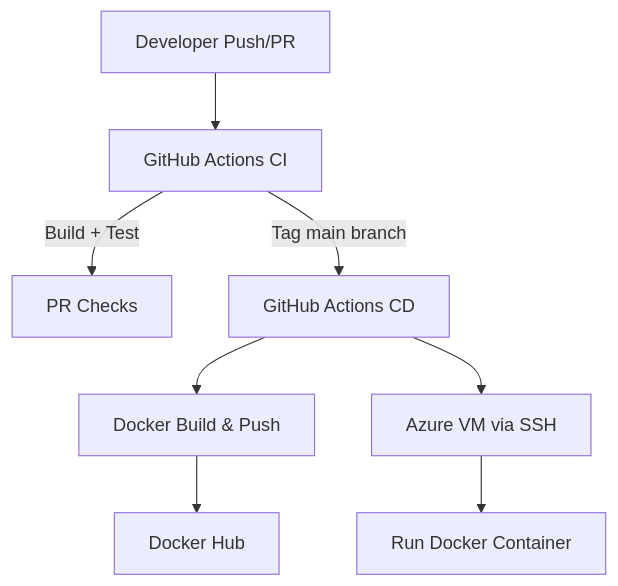
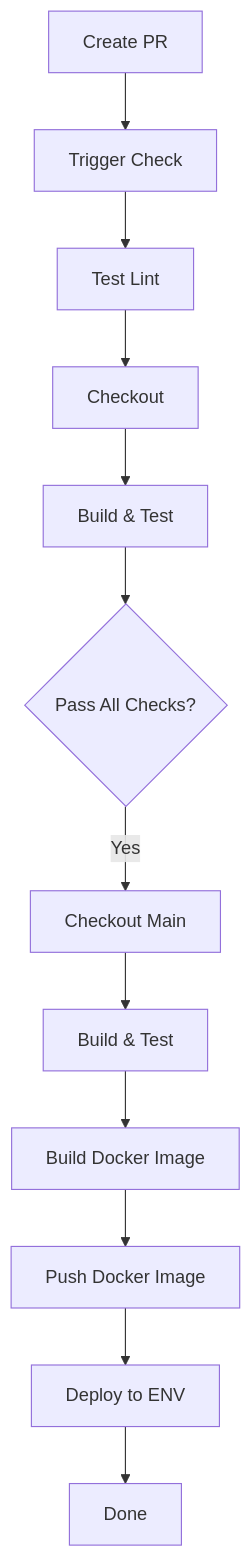
The diagram in project-3/Internship-Report3.md (pptloc/devops-intern), drawn with Mermaid before and after one commit. The commit also changed other lines of this file, not shown here.

````diff
--- a/project-3/Internship-Report3.md
+++ b/project-3/Internship-Report3.md
@@ -26,10 +26,15 @@
 ```mermaid
 graph TD
-    A[Developer Push/PR] --> B[GitHub Actions CI]
-    B -->|Build + Test| C[PR Checks]
-    B -->|Tag main branch| D[GitHub Actions CD]
-    D --> E[Docker Build & Push]
-    E --> F[Docker Hub]
-    D --> G[Azure VM via SSH]
-    G --> H[Run Docker Container]
+    A[Create PR] --> B[Trigger Check]
+    B --> C[Test Lint]
+    C --> D[Checkout]
+    D --> E[Build & Test]
+
+    E --> F{Pass All Checks?}
+    F -- Yes --> G[Checkout Main]
+    G --> H[Build & Test]
+    H --> I[Build Docker Image]
+    I --> J[Push Docker Image]
+    J --> K[Deploy to ENV]
+    K --> L[Done]
 ``` 
````
